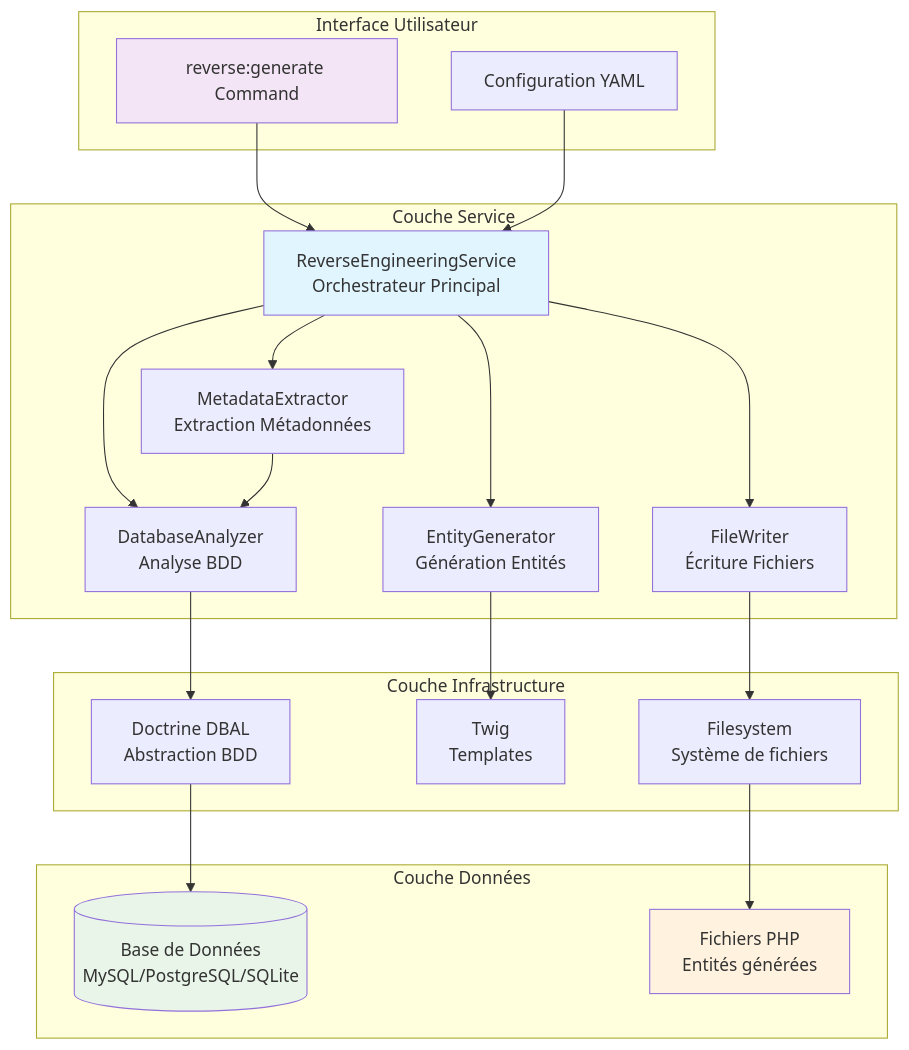
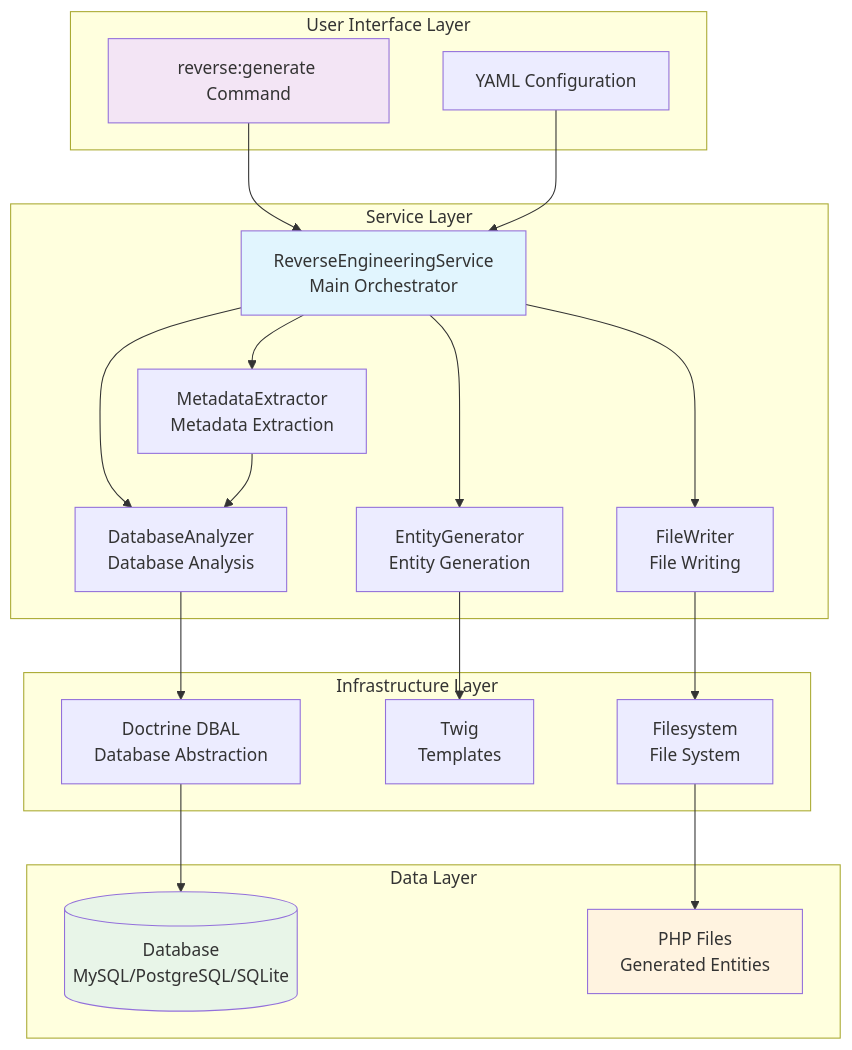
One commit to eprofos/reverse-engineering changed the first of 3 diagrams in docs/ARCHITECTURE.md. Above: the diagram before and after it, drawn with Mermaid. The commit also changed other lines of this file and 15 other files, not shown here.

First line of the commit message:
Enhance README.md for ReverseEngineeringBundle test suite

````diff
--- a/docs/ARCHITECTURE.md
+++ b/docs/ARCHITECTURE.md
@@ -19,47 +19,47 @@
 ```mermaid
 graph TB
-    subgraph "Interface Utilisateur"
+    subgraph "User Interface Layer"
         CLI[reverse:generate Command]
-        CONFIG[Configuration YAML]
+        CONFIG[YAML Configuration]
     end
     
-    subgraph "Couche Service"
-        RES[ReverseEngineeringService<br/>Orchestrateur Principal]
-        DA[DatabaseAnalyzer<br/>Analyse BDD]
-        ME[MetadataExtractor<br/>Extraction Métadonnées]
-        EG[EntityGenerator<br/>Génération Entités]
-        FW[FileWriter<br/>Écriture Fichiers]
+    subgraph "Service Layer"
+        RES[ReverseEngineeringService<br/>Main Orchestrator]
+        DA[DatabaseAnalyzer<br/>Database Analysis]
+        ME[MetadataExtractor<br/>Metadata Extraction]
+        EG[EntityGenerator<br/>Entity Generation]
+        FW[FileWriter<br/>File Writing]
     end
     
-    subgraph "Couche Infrastructure"
-        DBAL[Doctrine DBAL<br/>Abstraction BDD]
+    subgraph "Infrastructure Layer"
+        DBAL[Doctrine DBAL<br/>Database Abstraction]
         TWIG[Twig<br/>Templates]
-        FS[Filesystem<br/>Système de fichiers]
+        FS[Filesystem<br/>File System]
     end
     
-    subgraph "Couche Données"
-        DB[(Base de Données<br/>MySQL/PostgreSQL/SQLite)]
-        FILES[Fichiers PHP<br/>Entités générées]
+    subgraph "Data Layer"
+        DB[(Database<br/>MySQL/PostgreSQL/SQLite)]
+        FILES[PHP Files<br/>Generated Entities]
     end
     
     CLI --> RES
     CONFIG --> RES
     
     RES --> DA
     RES --> ME
     RES --> EG
     RES --> FW
     
     DA --> DBAL
     ME --> DA
     EG --> TWIG
     FW --> FS
     
     DBAL --> DB
     FS --> FILES
     
     style RES fill:#e1f5fe
     style CLI fill:#f3e5f5
     style DB fill:#e8f5e8
     style FILES fill:#fff3e0
 ```
````
